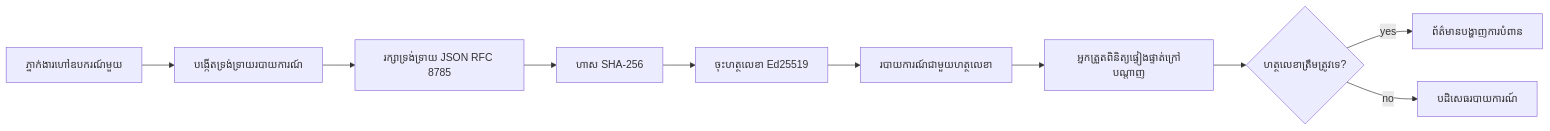
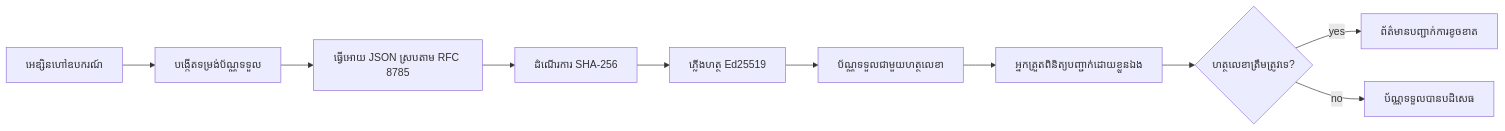
One commit to gabrielmoreira/agent-skills-mirror changed the first of 2 diagrams in mirrors/repos/microsoft@ai-agents-for-beginners/translations/km/18-securing-ai-agents/README.md. Above: the diagram before and after it, drawn with Mermaid. The commit also changed other lines of this file and 8886 other files, not shown here.

````diff
--- a/mirrors/repos/microsoft@ai-agents-for-beginners/translations/km/18-securing-ai-agents/README.md
+++ b/mirrors/repos/microsoft@ai-agents-for-beginners/translations/km/18-securing-ai-agents/README.md
@@ -51,12 +51,12 @@
 ```mermaid
 flowchart LR
-    A[ភ្នាក់ងារហៅឧបករណ៍មួយ] --> B[បង្កើតទ្រង់ទ្រាយរបាយការណ៍]
-    B --> C[រក្សាទ្រង់ទ្រាយ JSON RFC 8785]
-    C --> D[ហាស SHA-256]
-    D --> E[ចុះហត្ថលេខា Ed25519]
-    E --> F[របាយការណ៍ជាមួយហត្ថលេខា]
-    F --> G[អ្នកត្រួតពិនិត្យផ្ទៀងផ្ទាត់ក្រៅបណ្ដាញ]
+    A[អេឌ្សិនហៅឧបករណ៍] --> B[បង្កើតទម្រង់ប័ណ្ណទទួល]
+    B --> C[ធ្វើអោយ JSON ស្របតាម RFC 8785]
+    C --> D[ដំណើរការ SHA-256]
+    D --> E[ភ្លើងហត្ថ Ed25519]
+    E --> F[ប័ណ្ណទទួលជាមួយហត្ថលេខា]
+    F --> G[អ្នកត្រួតពិនិត្យបញ្ជាក់ដោយខ្លួនឯង]
     G --> H{ហត្ថលេខាត្រឹមត្រូវទេ?}
-    H -- yes --> I[ព័ត៌មានបង្ហាញការបំពាន]
-    H -- no --> J[បដិសេធរបាយការណ៍]
+    H -- yes --> I[ព័ត៌មានបញ្ជាក់ការខូចខាត]
+    H -- no --> J[ប័ណ្ណទទួលបានបដិសេធ]
 ```
````
